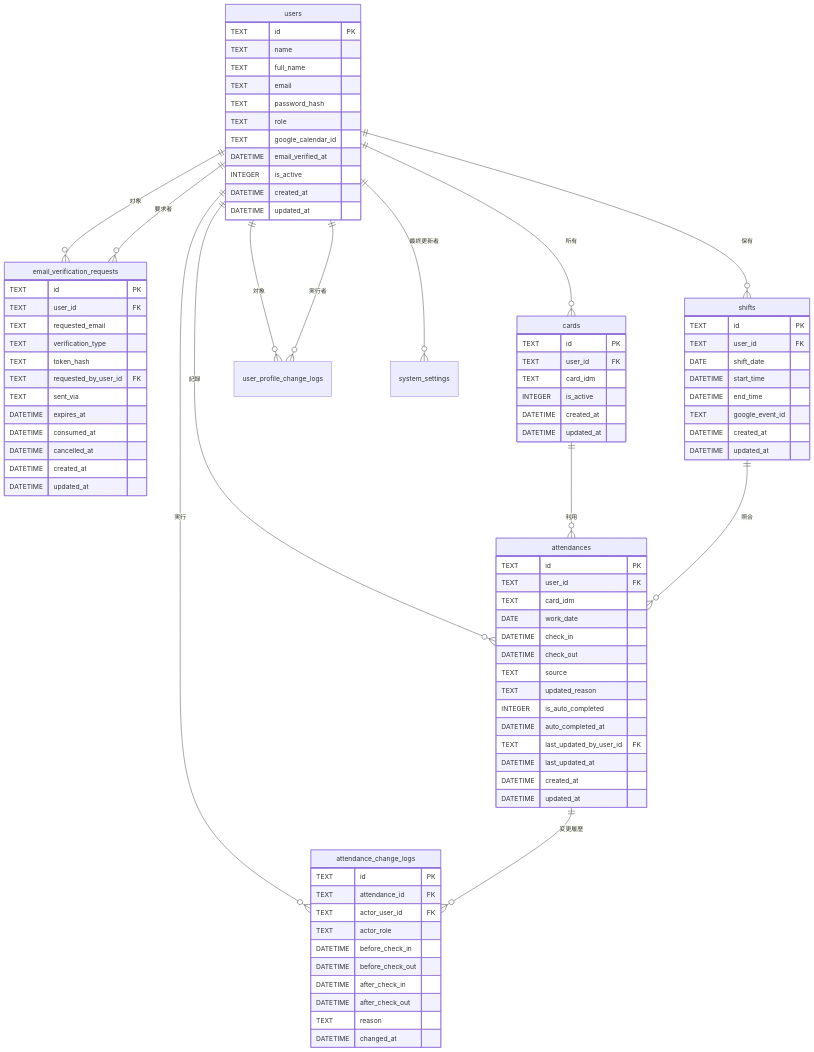
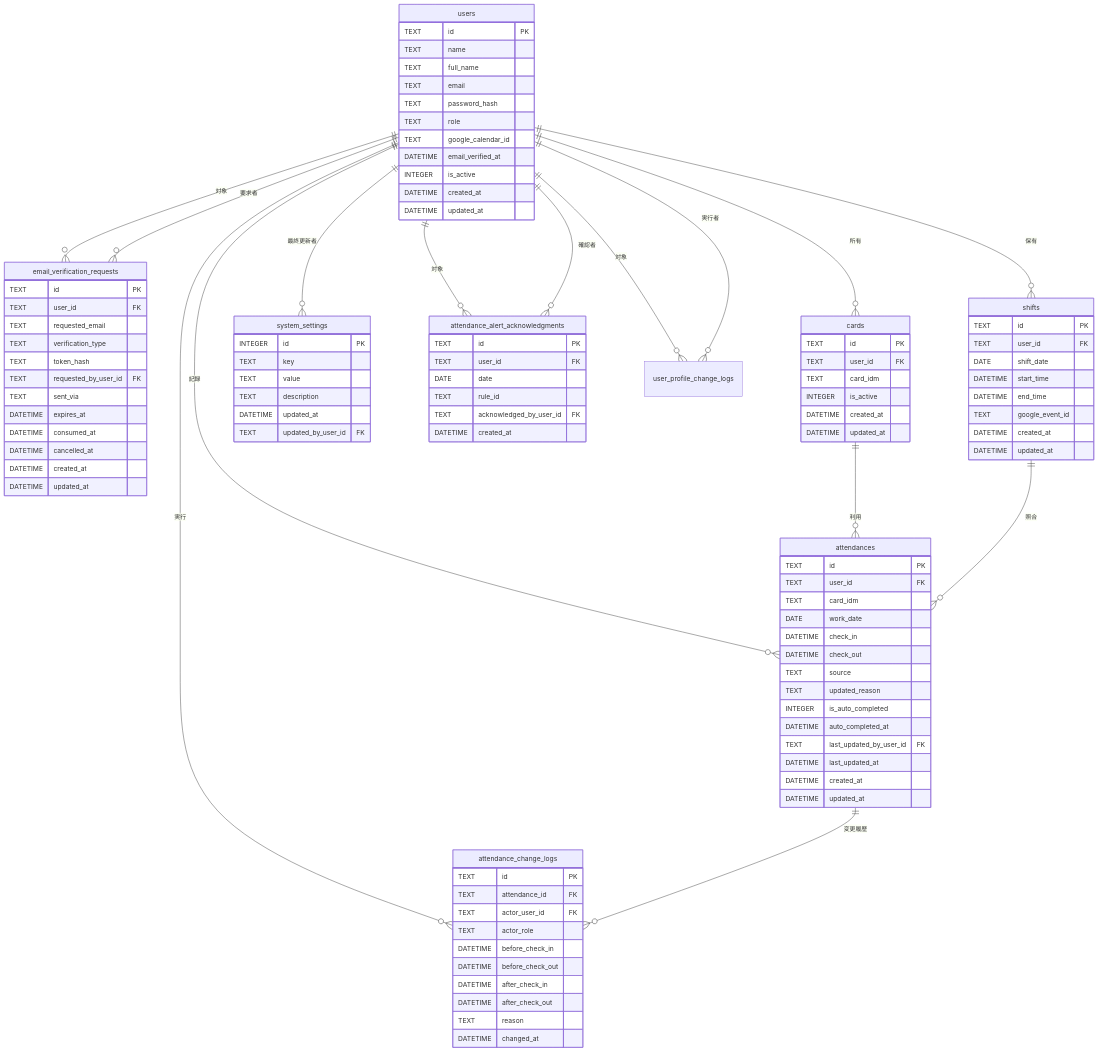
Before and after one commit to tukumanalab/kint: the first of 5 diagrams in docs/database-design.md, drawn with Mermaid. The commit also changed other lines of this file and 15 other files, not shown here.

````diff
--- a/docs/database-design.md
+++ b/docs/database-design.md
@@ -346,6 +364,24 @@
     DATETIME updated_at
   }
 
+  system_settings {
+    INTEGER id PK
+    TEXT key
+    TEXT value
+    TEXT description
+    DATETIME updated_at
+    TEXT updated_by_user_id FK
+  }
+
+  attendance_alert_acknowledgments {
+    TEXT id PK
+    TEXT user_id FK
+    DATE date
+    TEXT rule_id
+    TEXT acknowledged_by_user_id FK
+    DATETIME created_at
+  }
+
   users ||--o{ cards : 所有
   users ||--o{ attendances : 記録
   users ||--o{ attendance_change_logs : 実行
@@ -358,4 +394,6 @@
   users ||--o{ user_profile_change_logs : 実行者
   users ||--o{ system_settings : 最終更新者
   shifts ||--o{ attendances : 照合
+  users ||--o{ attendance_alert_acknowledgments : 対象
+  users ||--o{ attendance_alert_acknowledgments : 確認者
 ```
````
